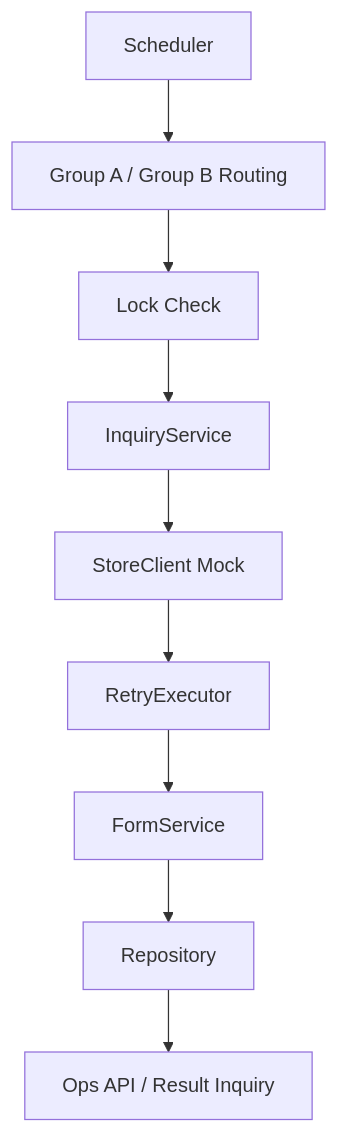
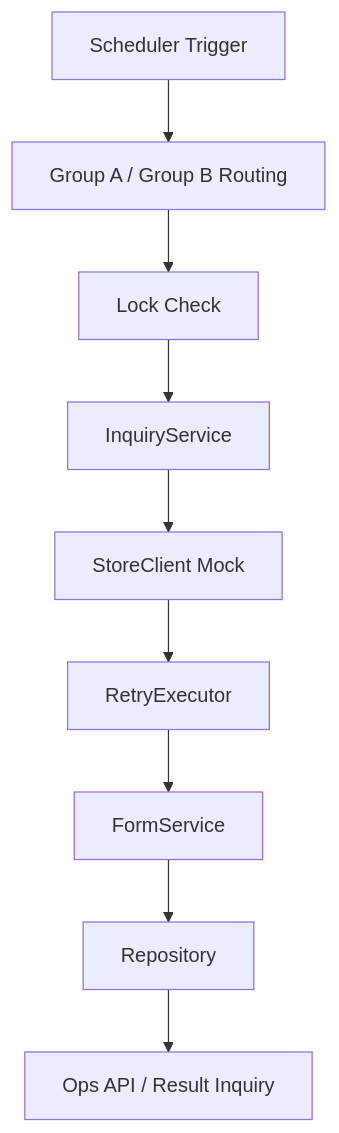
Before and after one commit to Gseobi/ops-scheduler-batch-jobs: the diagram in README.md, drawn with Mermaid. The commit also changed other lines of this file, not shown here.

````diff
--- a/README.md
+++ b/README.md
@@ -103,11 +37,11 @@
 ```mermaid
 flowchart TD
-    A[Scheduler] --> B[Group A / Group B Routing]
+    A[Scheduler Trigger] --> B[Group A / Group B Routing]
     B --> C[Lock Check]
     C --> D[InquiryService]
     D --> E[StoreClient Mock]
     E --> F[RetryExecutor]
     F --> G[FormService]
     G --> H[Repository]
     H --> I[Ops API / Result Inquiry]
 ```
````
